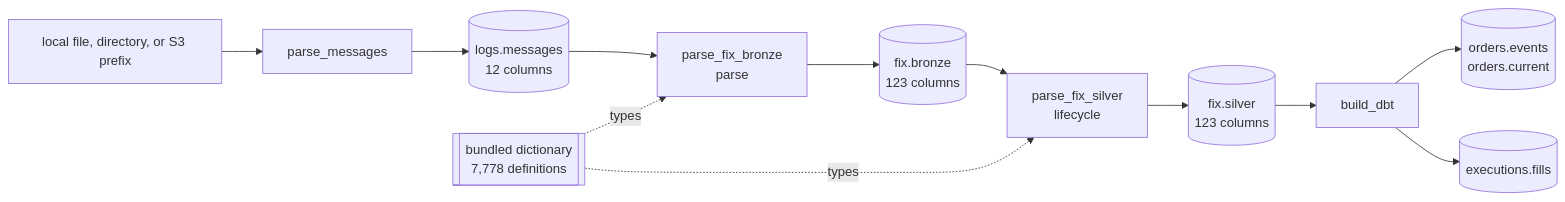
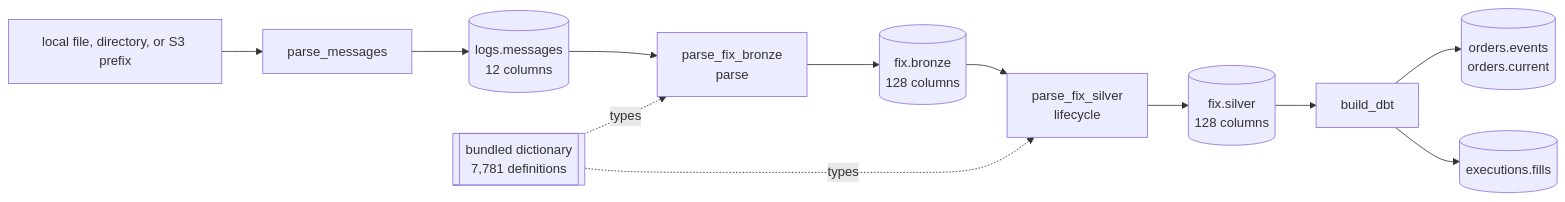
The diagram in docs/pipeline/index.md (Platob/yggfin), drawn with Mermaid before and after one commit. The commit also changed other lines of this file and 56 other files, not shown here.

````diff
--- a/docs/pipeline/index.md
+++ b/docs/pipeline/index.md
@@ -6,14 +6,14 @@
 ```mermaid
 flowchart LR
     U["local file, directory, or S3 prefix"] --> T["parse_messages"]
     T --> M[("logs.messages<br/>12 columns")]
     M --> F["parse_fix_bronze<br/>parse"]
-    R[["bundled dictionary<br/>7,778 definitions"]] -.types.-> F
-    F --> X[("fix.bronze<br/>123 columns")]
+    R[["bundled dictionary<br/>7,781 definitions"]] -.types.-> F
+    F --> X[("fix.bronze<br/>128 columns")]
     X --> L["parse_fix_silver<br/>lifecycle"]
     R -.types.-> L
-    L --> S[("fix.silver<br/>123 columns")]
+    L --> S[("fix.silver<br/>128 columns")]
     S --> B["build_dbt"]
     B --> O[("orders.events<br/>orders.current")]
     B --> C[("executions.fills")]
 ```
````
